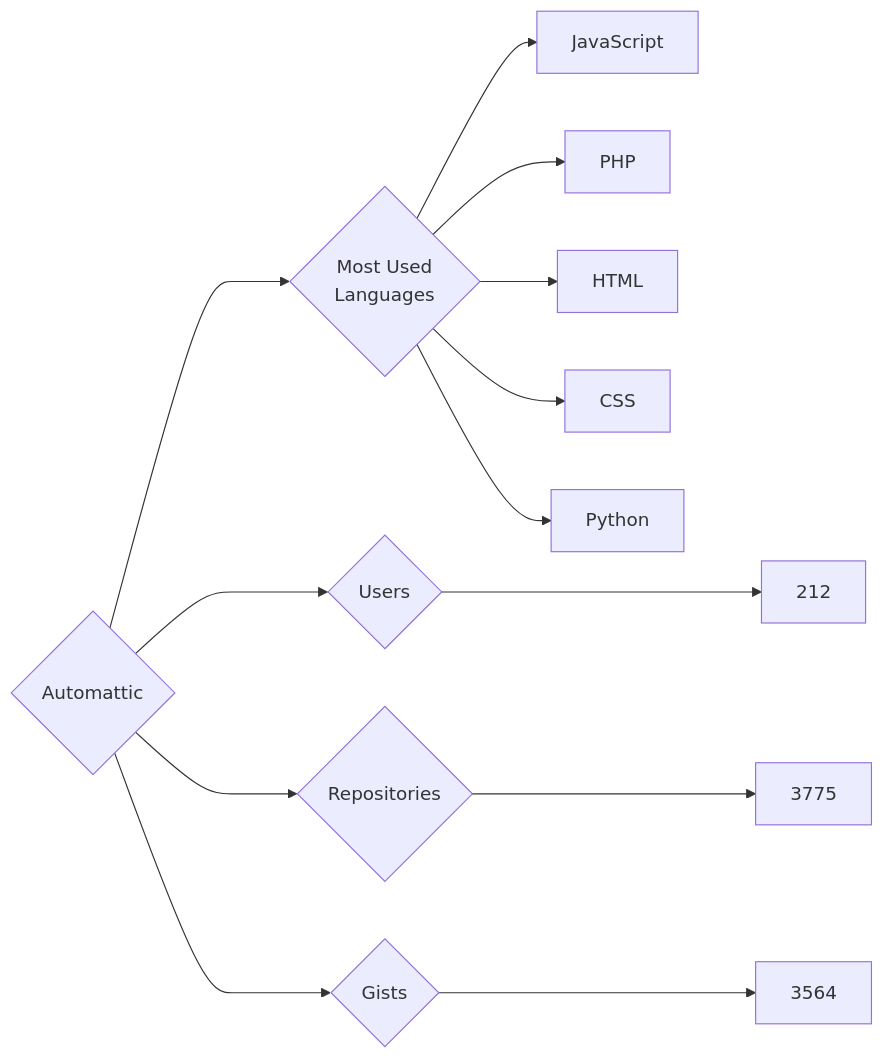
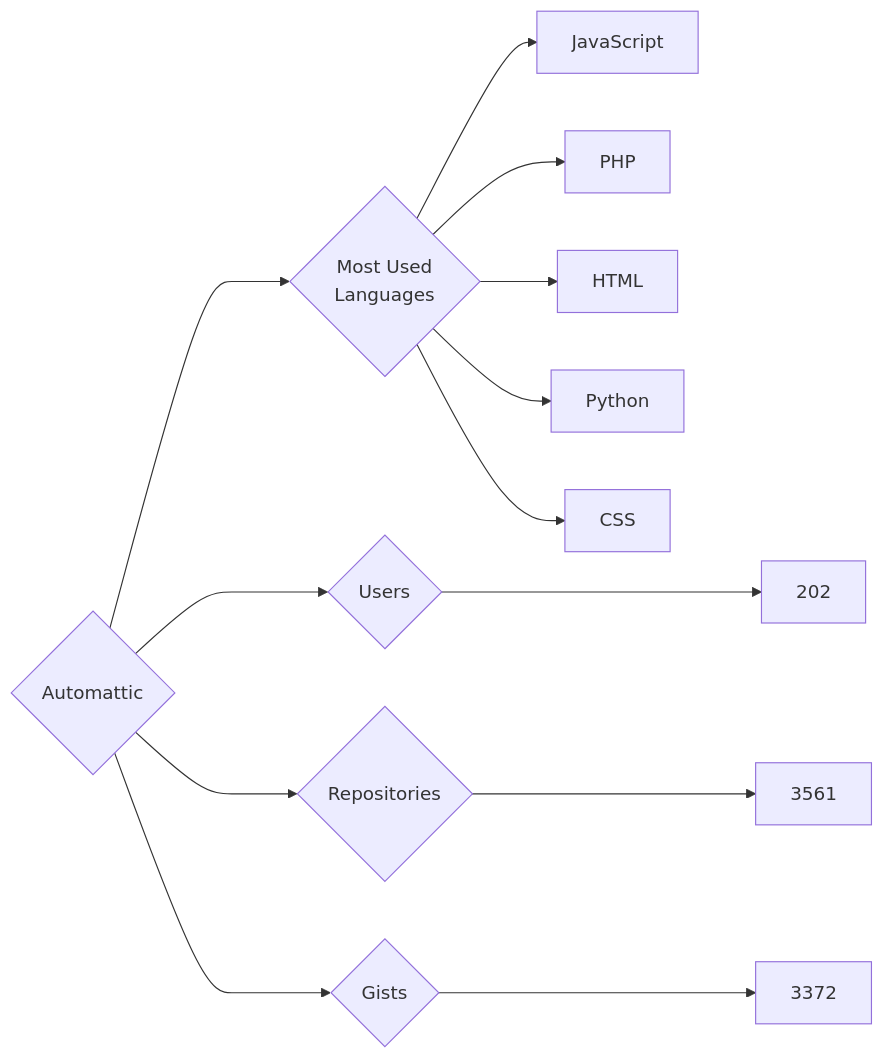
The diagram in targets/Automattic/README.md (trickest/insiders), drawn with Mermaid before and after one commit. The commit also changed 861 other files, not shown here.

````diff
--- a/targets/Automattic/README.md
+++ b/targets/Automattic/README.md
@@ -3,13 +3,13 @@
 ```mermaid
 graph LR
 COMPANY_NAME{Automattic}
-COMPANY_NAME ---> U{Users} ---> UN[212]
-COMPANY_NAME ---> R{Repositories} ---> RN[3775]
-COMPANY_NAME ---> G{Gists} ---> GN[3564]
+COMPANY_NAME ---> U{Users} ---> UN[202]
+COMPANY_NAME ---> R{Repositories} ---> RN[3561]
+COMPANY_NAME ---> G{Gists} ---> GN[3372]
 COMPANY_NAME ---> ML{Most Used<br>Languages}
 ML --> JavaScript[JavaScript]
 ML --> PHP[PHP]
 ML --> HTML[HTML]
+ML --> Python[Python]
 ML --> CSS[CSS]
-ML --> Python[Python]
 ```
````
